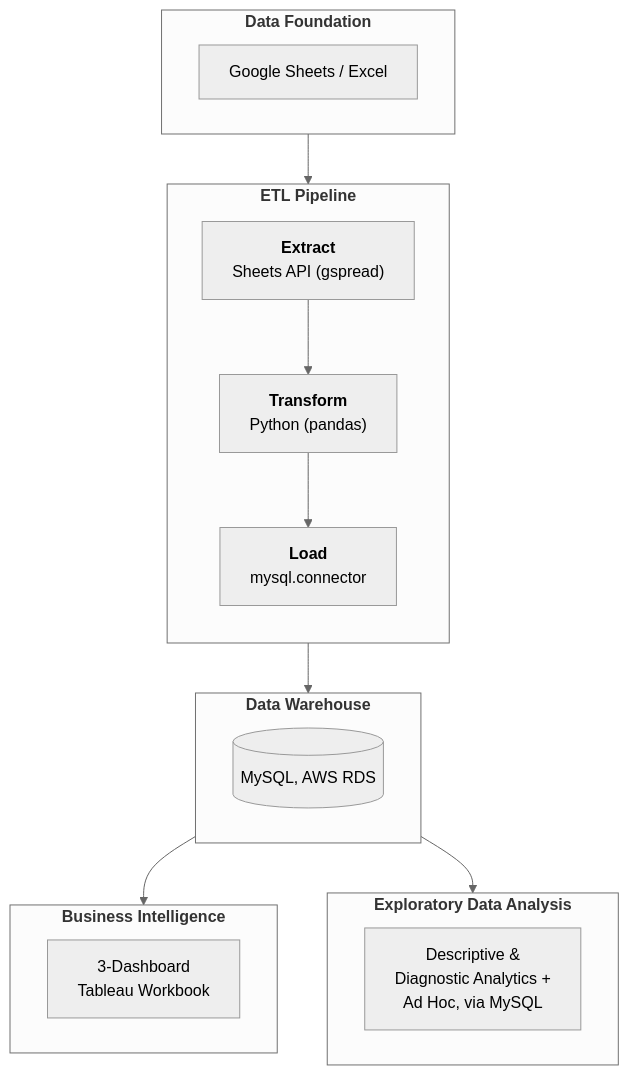
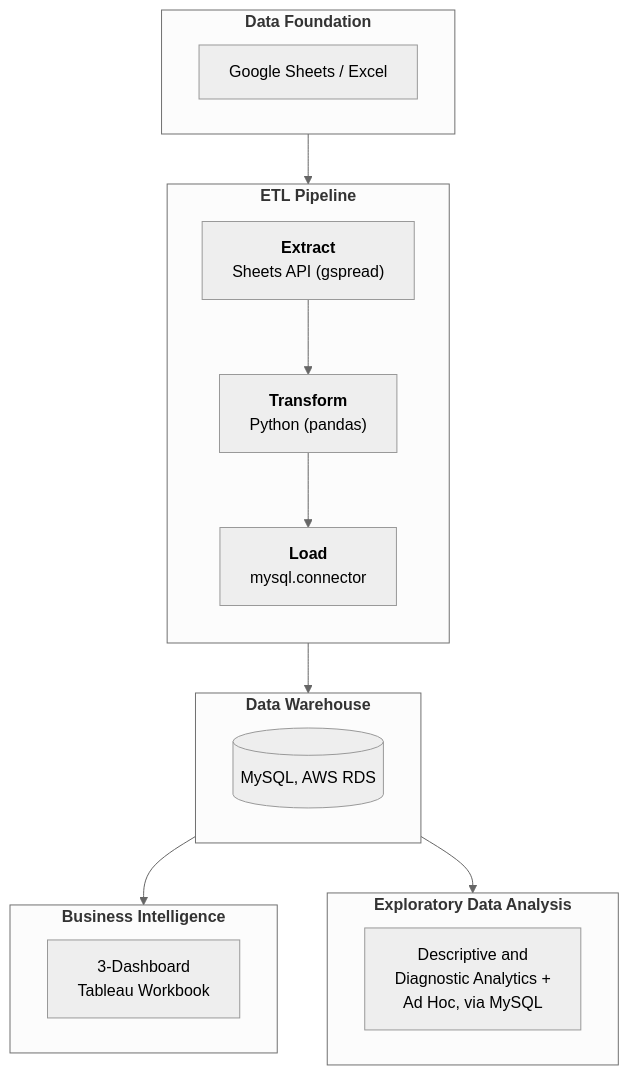
One commit to arohit-talari/lakshira-inventory-management-system changed the second of 2 diagrams in README.md. Above: the diagram before and after it, drawn with Mermaid (neutral theme).

Commit message:
Fix last remaining ampersand in Stage 3 pipeline diagram's EDA node

````diff
--- a/README.md
+++ b/README.md
@@ -70,28 +70,28 @@
 ```mermaid
 flowchart TD
     subgraph DF["`**Data Foundation**`"]
         A["Google Sheets / Excel"]
     end
 
     subgraph ETL["`**ETL Pipeline**`"]
         direction TB
         X["`**Extract**<br>Sheets API (gspread)`"] --> Y["`**Transform**<br>Python (pandas)`"] --> Z["`**Load**<br>mysql.connector`"]
     end
 
     subgraph DW["`**Data Warehouse**`"]
         C[("MySQL, AWS RDS")]
     end
 
     subgraph BI["`**Business Intelligence**`"]
         D["`3-Dashboard<br>Tableau Workbook`"]
     end
 
     subgraph EDA["`**Exploratory Data Analysis**`"]
-        E["`Descriptive &<br>Diagnostic Analytics +<br>Ad Hoc, via MySQL`"]
+        E["`Descriptive and<br>Diagnostic Analytics +<br>Ad Hoc, via MySQL`"]
     end
 
     DF --> ETL
     ETL --> DW
     DW --> BI
     DW --> EDA
 ```
````
